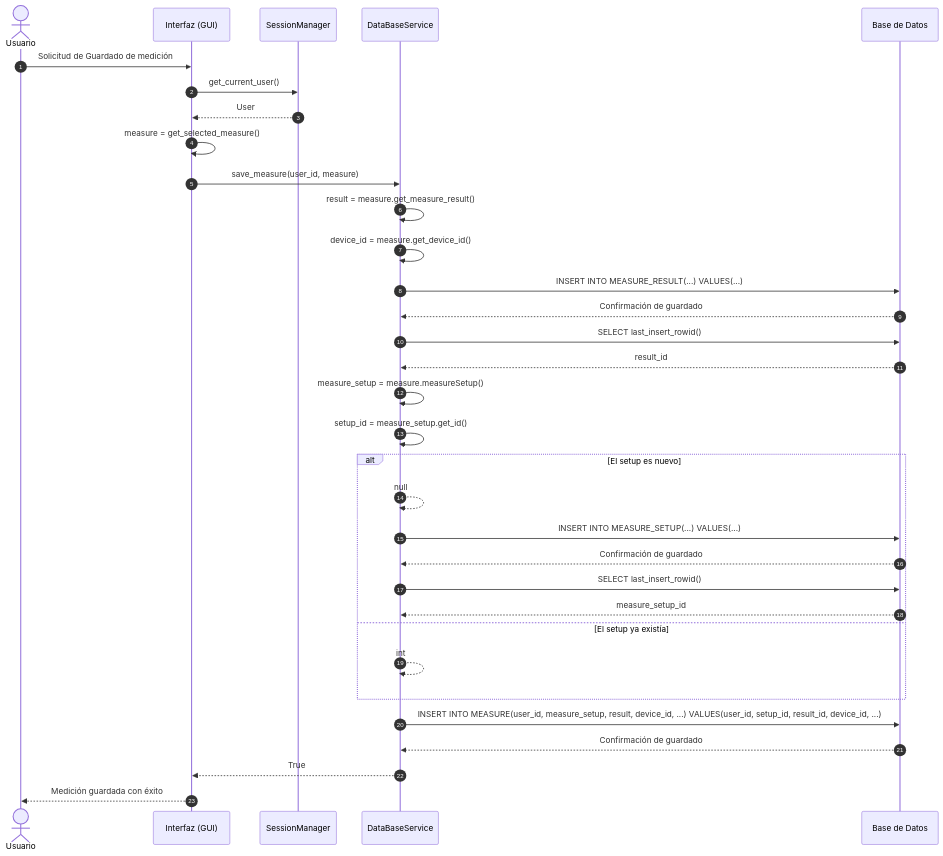
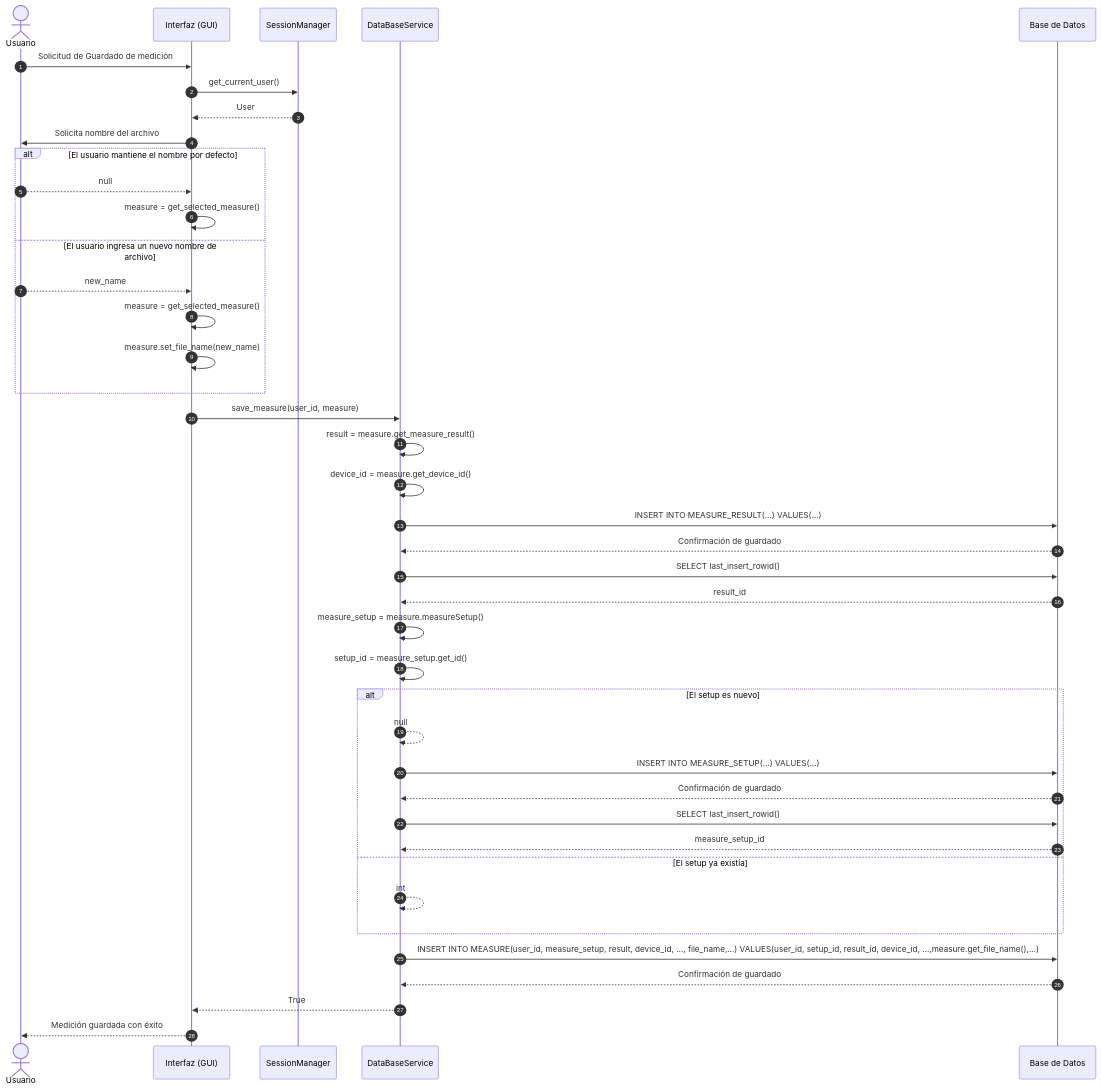
The eighth of 8 diagrams in Gmini-MarkDown/Diagramas/Diagramas de Secuencia.md (alegrelias/Repo-GMini), drawn with Mermaid before and after one commit. The commit also changed other lines of this file, not shown here.

Commit message:
Se agrega diagrama de secuencia

````diff
--- a/Gmini-MarkDown/Diagramas/Diagramas de Secuencia.md
+++ b/Gmini-MarkDown/Diagramas/Diagramas de Secuencia.md
@@ -271,37 +271,45 @@
 ```mermaid
 sequenceDiagram
 autonumber
 
 actor U as Usuario
 participant G as Interfaz (GUI)
 participant session as SessionManager
 participant dbs as DataBaseService
 participant db as Base de Datos
 
 U->>G: Solicitud de Guardado de medición
 G->>session: get_current_user()
 session-->>G: User
-G->>G: measure = get_selected_measure()
+G->>U: Solicita nombre del archivo
+alt El usuario mantiene el nombre por defecto
+	U-->>G: null
+	G->>G: measure = get_selected_measure()
+else El usuario ingresa un nuevo nombre de archivo
+	U-->>G: new_name
+	G->>G: measure = get_selected_measure()
+	G->>G: measure.set_file_name(new_name)
+end
 G->>dbs: save_measure(user_id, measure)
 dbs->>dbs: result = measure.get_measure_result()
 dbs->>dbs: device_id = measure.get_device_id()
 dbs->>db: INSERT INTO MEASURE_RESULT(...) VALUES(...)
 db-->>dbs: Confirmación de guardado
 dbs->>db: SELECT last_insert_rowid()
 db-->>dbs: result_id
 dbs->>dbs: measure_setup = measure.measureSetup()
 	dbs->>dbs: setup_id = measure_setup.get_id()
 alt El setup es nuevo
 	dbs-->>dbs: null
 	dbs->>db: INSERT INTO MEASURE_SETUP(...) VALUES(...)
 	db-->>dbs: Confirmación de guardado
 	dbs->>db: SELECT last_insert_rowid()
 	db-->>dbs: measure_setup_id
 else El setup ya existía
 	dbs-->>dbs: int
 end
-dbs->>db: INSERT INTO MEASURE(user_id, measure_setup, result, device_id, ...) VALUES(user_id, setup_id, result_id, device_id, ...)
+dbs->>db: INSERT INTO MEASURE(user_id, measure_setup, result, device_id, ..., file_name,...) VALUES(user_id, setup_id, result_id, device_id, ...,measure.get_file_name(),...)
 db-->>dbs: Confirmación de guardado
 dbs-->>G: True
 G-->>U: Medición guardada con éxito
 ```
````
